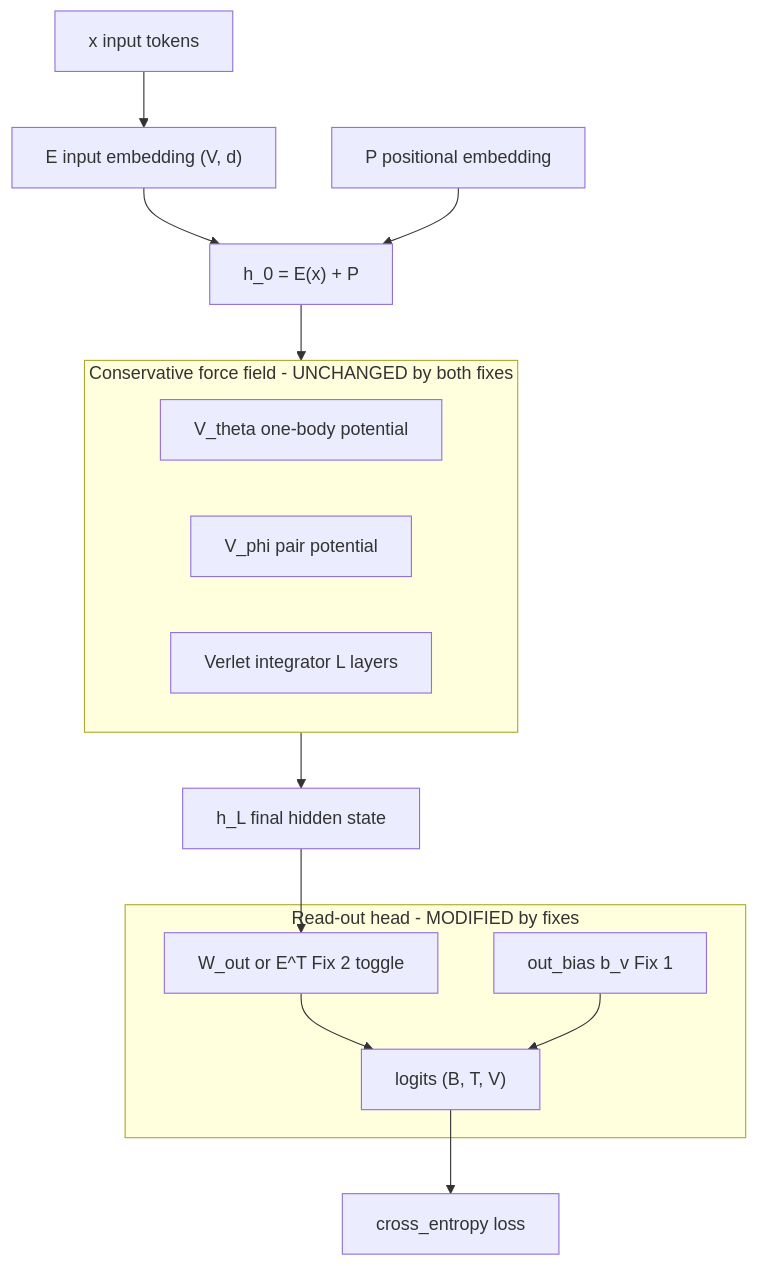
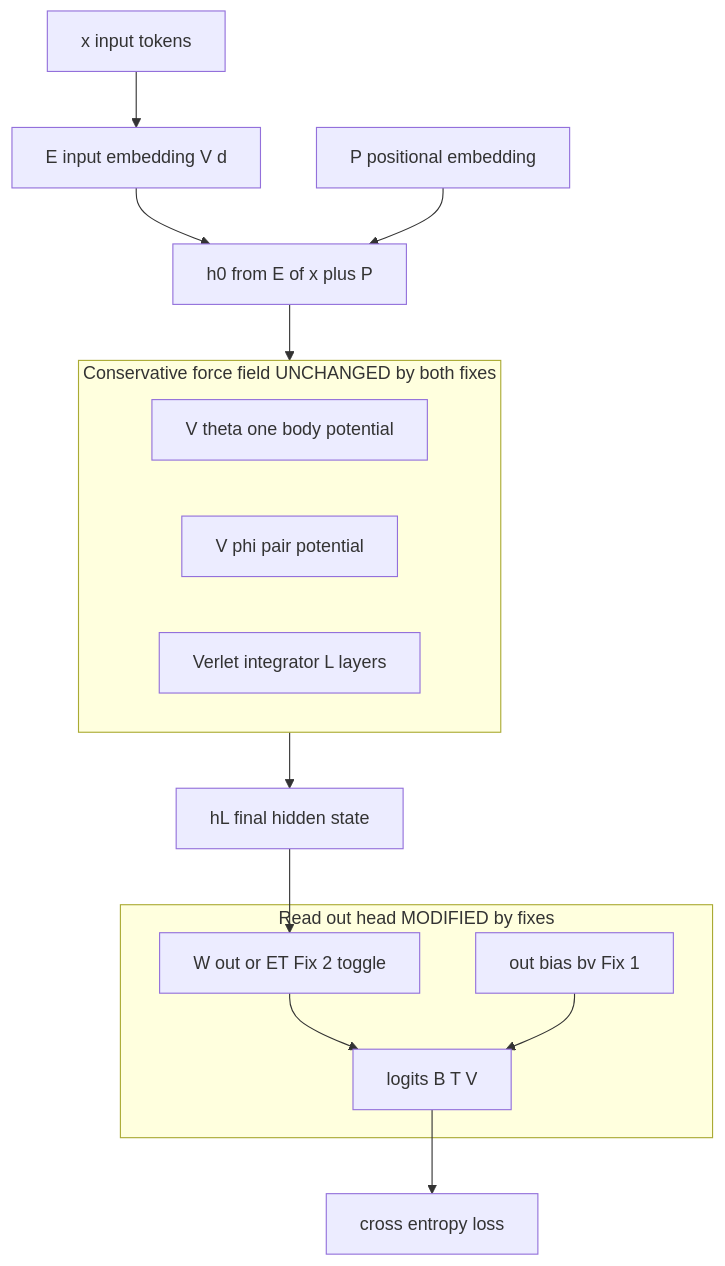
The fifth of 6 diagrams in companion_notes/Fock-PARFLM_vs_GPT-2_on_OpenWebText_Next_Steps.md (dimitarpg13/semsimula-paper), drawn with Mermaid before and after one commit. The commit also changed other lines of this file and 2 other files, not shown here.

Commit message:
the quad experiment set: 1) Fock v2.1-PARFLM with V_theta depth cond, 2) channel-xi-based conservative attention impl in PARFLM, 3) non-conservative Fock-attention in PARFLM, 4) vanilla PARFLM with structured V_theta and V_phi and depth conditioning of V_theta

````diff
--- a/companion_notes/Fock-PARFLM_vs_GPT-2_on_OpenWebText_Next_Steps.md
+++ b/companion_notes/Fock-PARFLM_vs_GPT-2_on_OpenWebText_Next_Steps.md
@@ -1177,33 +1180,37 @@
 ```mermaid
 flowchart TB
     x["x  input tokens"]
-    E["E  input embedding  (V, d)"]
+    E["E  input embedding  V d"]
     P["P  positional embedding"]
-    h0["h_0 = E(x) + P"]
+    h0["h0 from E of x plus P"]
+    Vt["V theta  one body potential"]
+    Vp["V phi  pair potential"]
+    VL["Verlet integrator  L layers"]
+    hL["hL  final hidden state"]
+    Wout["W out or ET  Fix 2 toggle"]
+    bv["out bias bv  Fix 1"]
+    logits["logits B T V"]
+    loss["cross entropy loss"]
 
-    subgraph FF [Conservative force field - UNCHANGED by both fixes]
-        Vt["V_theta  one-body potential"]
-        Vp["V_phi  pair potential"]
-        VL["Verlet integrator  L layers"]
+    subgraph FF [Conservative force field UNCHANGED by both fixes]
+        Vt
+        Vp
+        VL
     end
 
-    hL["h_L  final hidden state"]
-
-    subgraph RO [Read-out head - MODIFIED by fixes]
-        Wout["W_out or E^T  Fix 2 toggle"]
-        bv["out_bias b_v  Fix 1"]
-        logits["logits (B, T, V)"]
+    subgraph RO [Read out head MODIFIED by fixes]
+        Wout
+        bv
+        logits
     end
-
-    loss["cross_entropy loss"]
 
     x --> E
     E --> h0
     P --> h0
     h0 --> FF
     FF --> hL
     hL --> Wout
     Wout --> logits
     bv --> logits
     logits --> loss
 ```
````
